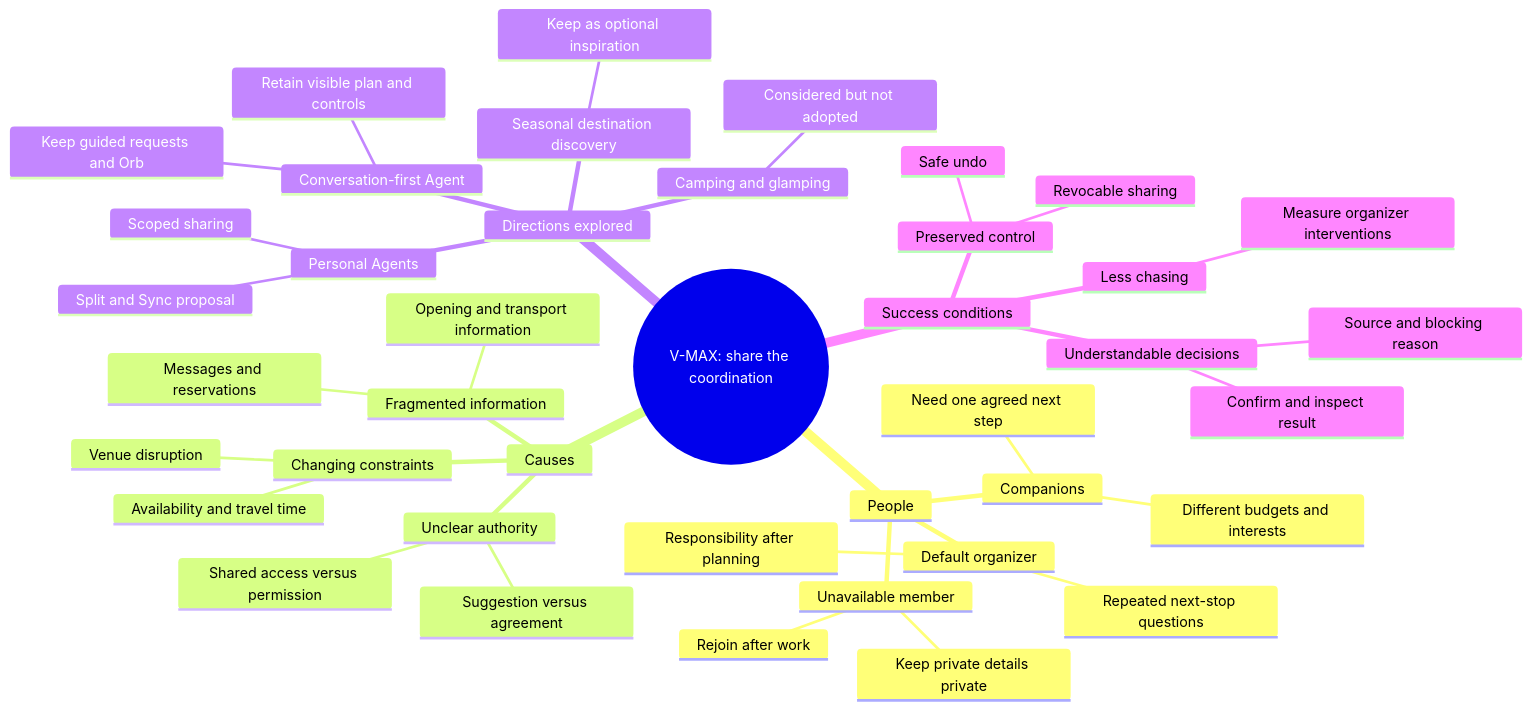
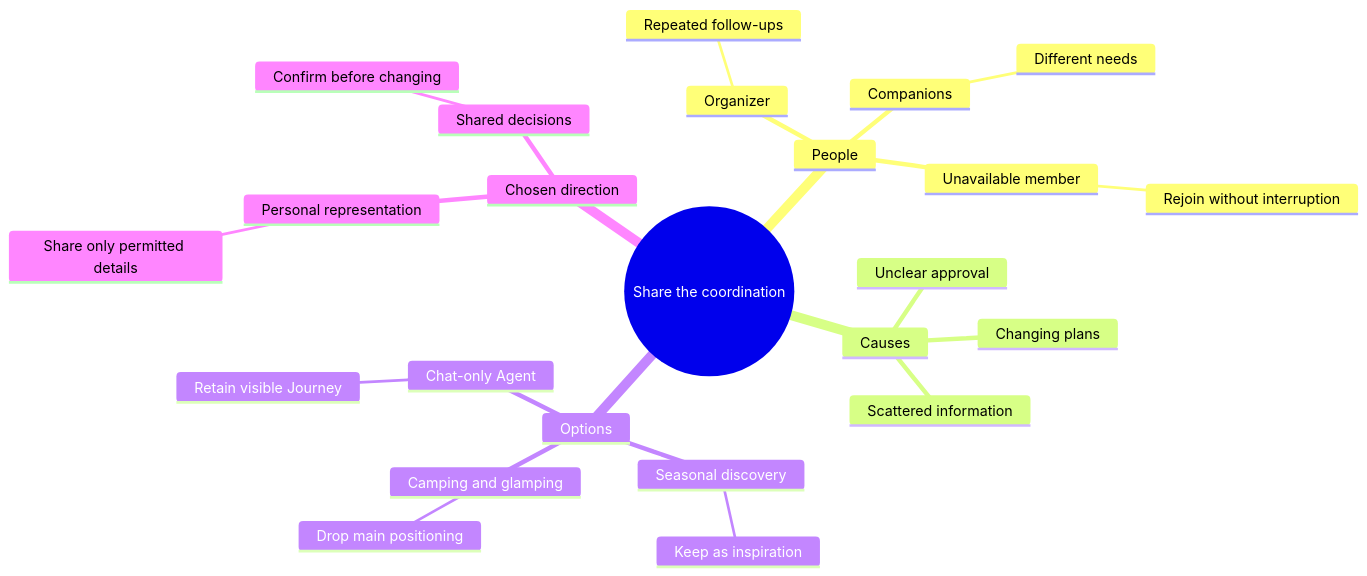
Before and after one commit to jxon12/VMAX: the first of 2 diagrams in README.md, drawn with Mermaid. The commit also changed other lines of this file and 11 other files, not shown here.

````diff
--- a/README.md
+++ b/README.md
@@ -103,44 +107,27 @@
 ```mermaid
 mindmap
-  root((V-MAX: share the coordination))
+  root((Share the coordination))
     People
-      Default organizer
-        Repeated next-stop questions
-        Responsibility after planning
+      Organizer
+        Repeated follow-ups
       Companions
-        Different budgets and interests
-        Need one agreed next step
+        Different needs
       Unavailable member
-        Rejoin after work
-        Keep private details private
+        Rejoin without interruption
     Causes
-      Fragmented information
-        Messages and reservations
-        Opening and transport information
-      Changing constraints
-        Availability and travel time
-        Venue disruption
-      Unclear authority
-        Suggestion versus agreement
-        Shared access versus permission
-    Directions explored
-      Seasonal destination discovery
-        Keep as optional inspiration
+      Scattered information
+      Changing plans
+      Unclear approval
+    Options
+      Seasonal discovery
+        Keep as inspiration
       Camping and glamping
-        Considered but not adopted
-      Conversation-first Agent
-        Keep guided requests and Orb
-        Retain visible plan and controls
-      Personal Agents
-        Scoped sharing
-        Split and Sync proposal
-    Success conditions
-      Less chasing
-        Measure organizer interventions
-      Understandable decisions
-        Source and blocking reason
-        Confirm and inspect result
-      Preserved control
-        Revocable sharing
-        Safe undo
+        Drop main positioning
+      Chat-only Agent
+        Retain visible Journey
+    Chosen direction
+      Personal representation
+        Share only permitted details
+      Shared decisions
+        Confirm before changing
 ```
````
